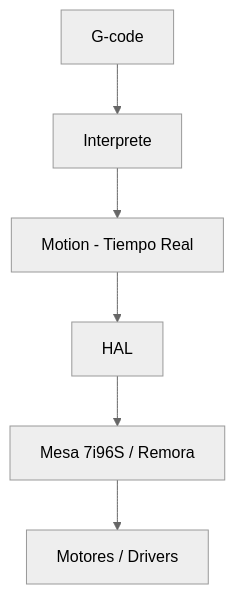
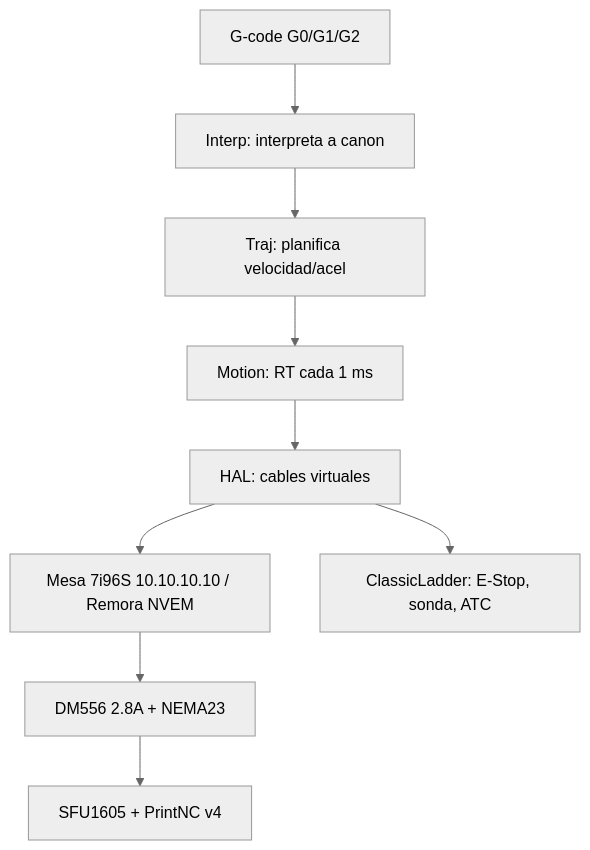
One commit to JhonMA82/CNC-Docs changed the first of 2 diagrams in src/content/docs/linuxcnc/basico/01-que-es-linuxcnc.md. Above: the diagram before and after it, drawn with Mermaid (neutral theme). The commit also changed other lines of this file, not shown here.

Commit message:
docs: extiende que-es-linuxcnc con ejemplo practico PrintNC v4 + Mesa 7i96S

````diff
--- a/src/content/docs/linuxcnc/basico/01-que-es-linuxcnc.md
+++ b/src/content/docs/linuxcnc/basico/01-que-es-linuxcnc.md
@@ -14,8 +26,11 @@
 ```mermaid
 graph TD
-    GCODE[G-code] --> INTERP[Interprete]
-    INTERP --> MOTION[Motion - Tiempo Real]
-    MOTION --> HAL
-    HAL --> MESA[Mesa 7i96S / Remora]
-    MESA --> MOTORES[Motores / Drivers]
+    GCODE[G-code G0/G1/G2] --> INTERP[Interp: interpreta a canon]
+    INTERP --> TRAJ[Traj: planifica velocidad/acel]
+    TRAJ --> MOTION[Motion: RT cada 1 ms]
+    MOTION --> HAL[HAL: cables virtuales]
+    HAL --> MESA[Mesa 7i96S 10.10.10.10 / Remora NVEM]
+    MESA --> DRV[DM556 2.8A + NEMA23]
+    DRV --> MEC[SFU1605 + PrintNC v4]
+    HAL --> IO[ClassicLadder: E-Stop, sonda, ATC]
 ```
````
